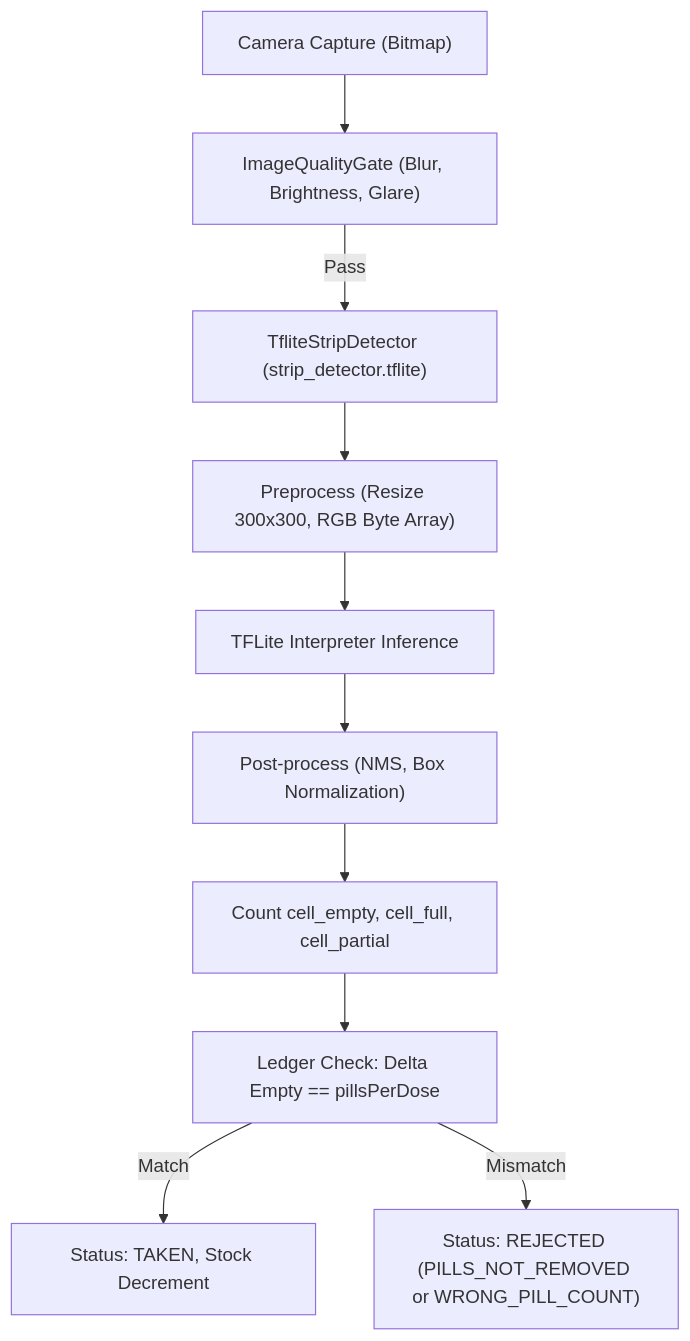
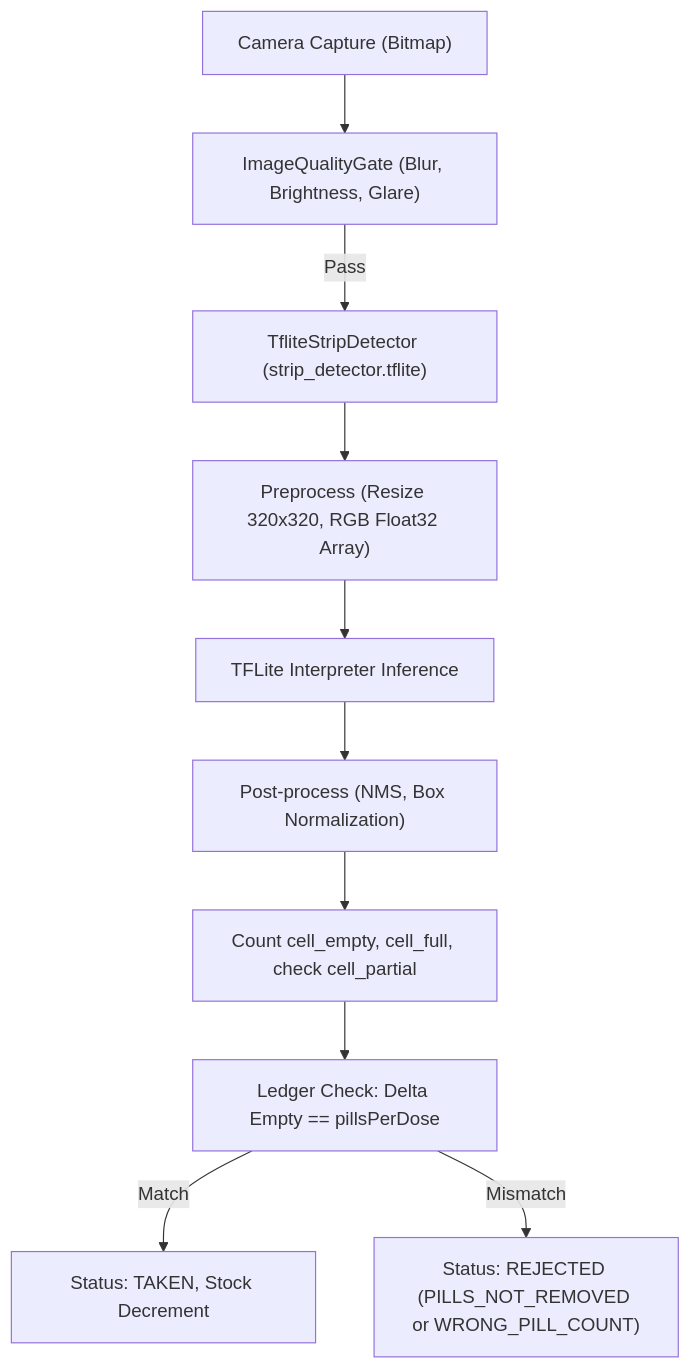
One commit to bhukyabhargav/medi_tracker changed the diagram in docs/verification/STAGE_13_VERIFY.md. Above: the diagram before and after it, drawn with Mermaid. The commit also changed other lines of this file and 50 other files, not shown here.

````diff
--- a/docs/verification/STAGE_13_VERIFY.md
+++ b/docs/verification/STAGE_13_VERIFY.md
@@ -17,12 +17,12 @@
 ```mermaid
 flowchart TD
     A["Camera Capture (Bitmap)"] --> B["ImageQualityGate (Blur, Brightness, Glare)"]
     B -->|Pass| C["TfliteStripDetector (strip_detector.tflite)"]
-    C --> D["Preprocess (Resize 300x300, RGB Byte Array)"]
+    C --> D["Preprocess (Resize 320x320, RGB Float32 Array)"]
     D --> E["TFLite Interpreter Inference"]
     E --> F["Post-process (NMS, Box Normalization)"]
-    F --> G["Count cell_empty, cell_full, cell_partial"]
+    F --> G["Count cell_empty, cell_full, check cell_partial"]
     G --> H["Ledger Check: Delta Empty == pillsPerDose"]
     H -->|Match| I["Status: TAKEN, Stock Decrement"]
     H -->|Mismatch| J["Status: REJECTED (PILLS_NOT_REMOVED or WRONG_PILL_COUNT)"]
 ```
````
